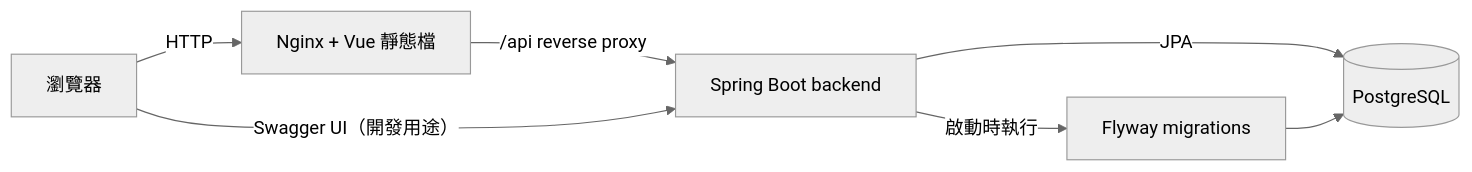
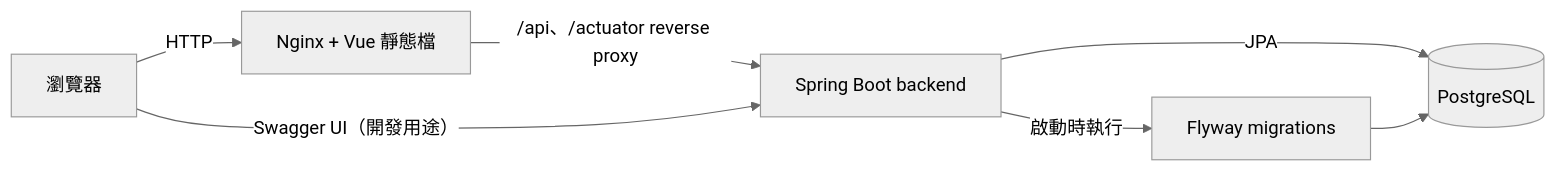
Before and after one commit to s223548876/ShopFlow: the second of 3 diagrams in docs/architecture.md, drawn with Mermaid (neutral theme). The commit also changed other lines of this file and 4 other files, not shown here.

````diff
--- a/docs/architecture.md
+++ b/docs/architecture.md
@@ -25,9 +25,9 @@
 ```mermaid
 flowchart LR
     Browser["瀏覽器"] -->|"HTTP"| Nginx["Nginx + Vue 靜態檔"]
-    Nginx -->|"/api reverse proxy"| Backend["Spring Boot backend"]
+    Nginx -->|"/api、/actuator reverse proxy"| Backend["Spring Boot backend"]
     Browser -->|"Swagger UI（開發用途）"| Backend
     Backend -->|"JPA"| DB[(PostgreSQL)]
     Backend -->|"啟動時執行"| Flyway["Flyway migrations"]
     Flyway --> DB
 ```
````
